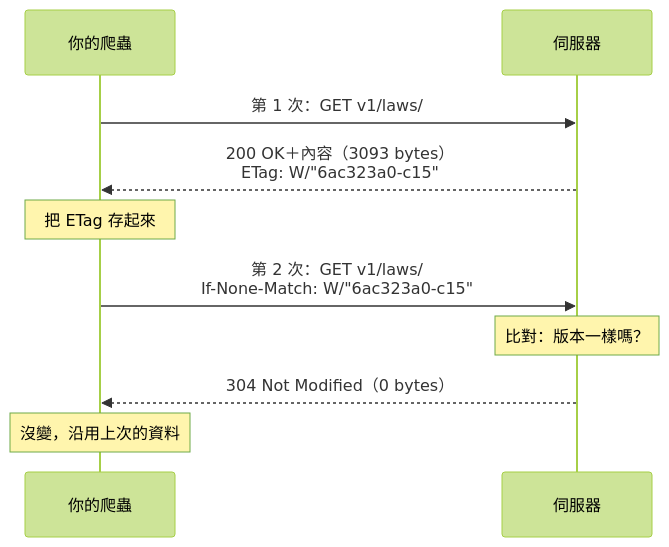
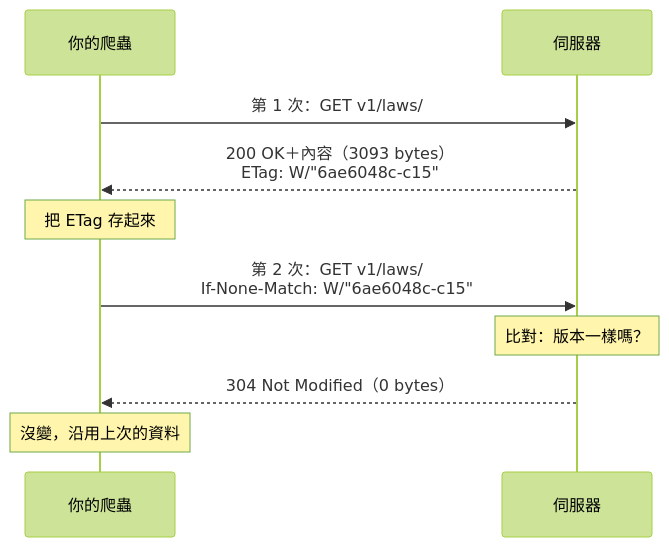
One commit to 4-learn/python-web-crawler-demo changed the third of 4 diagrams in docs/02.md. Above: the diagram before and after it, drawn with Mermaid (forest theme). The commit also changed other lines of this file and 3 other files, not shown here.

````diff
--- a/docs/02.md
+++ b/docs/02.md
@@ -166,12 +186,12 @@
 ```mermaid
 sequenceDiagram
     participant C as 你的爬蟲
     participant S as 伺服器
     C->>S: 第 1 次：GET v1/laws/
-    S-->>C: 200 OK＋內容（3093 bytes）<br/>ETag: W/#quot;6ac323a0-c15#quot;
+    S-->>C: 200 OK＋內容（3093 bytes）<br/>ETag: W/#quot;6ae6048c-c15#quot;
     Note over C: 把 ETag 存起來
-    C->>S: 第 2 次：GET v1/laws/<br/>If-None-Match: W/#quot;6ac323a0-c15#quot;
+    C->>S: 第 2 次：GET v1/laws/<br/>If-None-Match: W/#quot;6ae6048c-c15#quot;
     Note over S: 比對：版本一樣嗎？
     S-->>C: 304 Not Modified（0 bytes）
     Note over C: 沒變，沿用上次的資料
 ```
````
